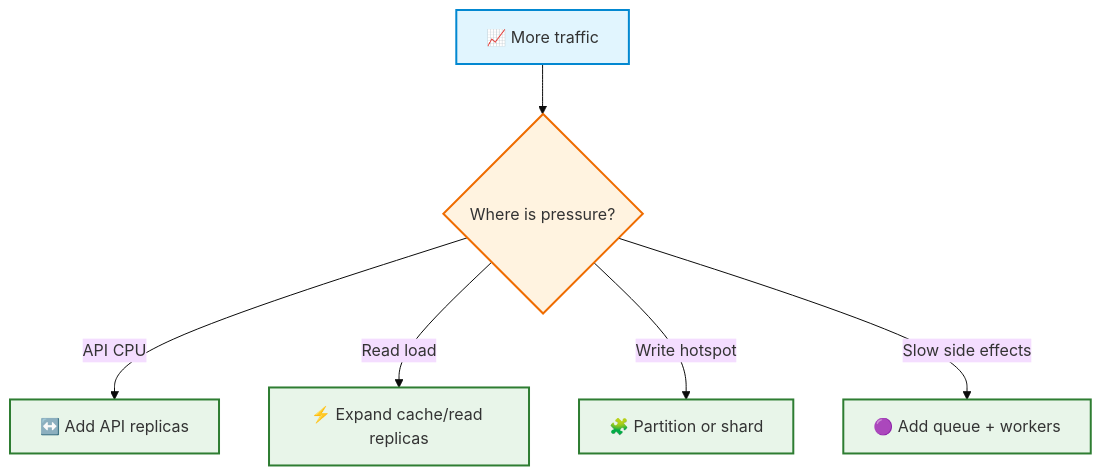
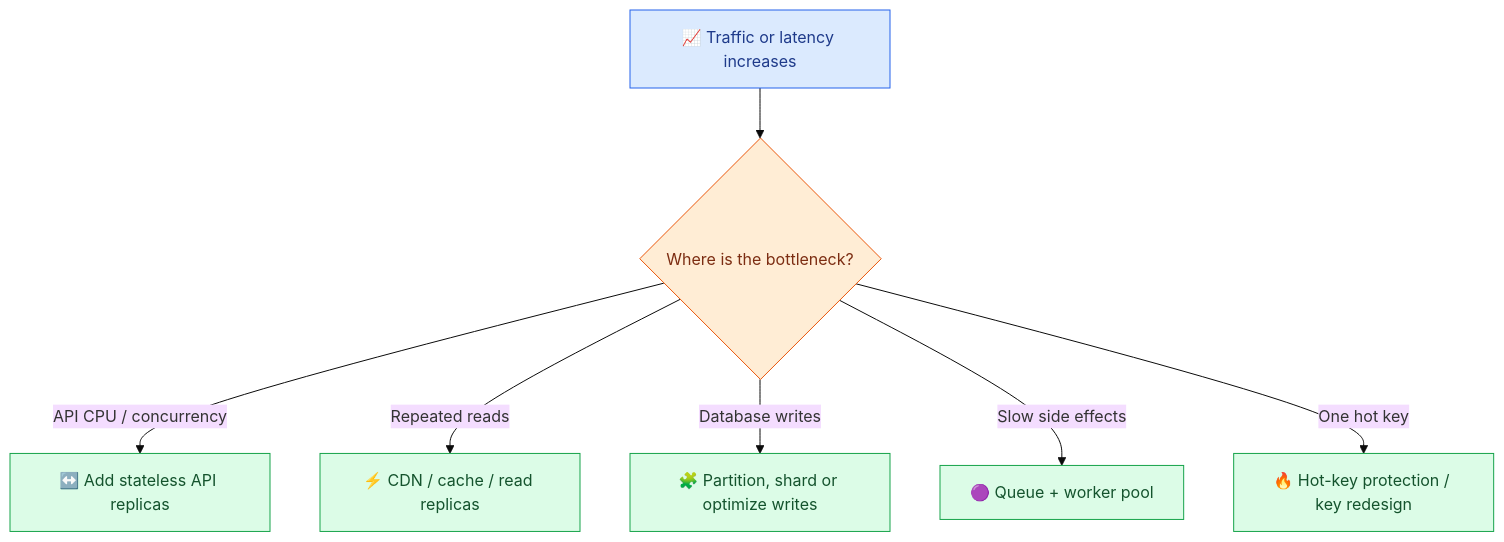
Before and after one commit to azam123/Engineering-Interview-Prep: the eighth of 9 diagrams in System-Design/01-E-Commerce-Amazon/solution.md, drawn with Mermaid (base theme). The commit also changed other lines of this file, not shown here.

Commit message:
docs: expand e-commerce system design end-to-end

````diff
--- a/System-Design/01-E-Commerce-Amazon/solution.md
+++ b/System-Design/01-E-Commerce-Amazon/solution.md
@@ -150,14 +519,15 @@
-```mermaid
+~~~mermaid
 flowchart TD
-    Traffic[📈 More traffic] --> Decision{Where is pressure?}
-    Decision -->|API CPU| API[↔️ Add API replicas]
-    Decision -->|Read load| Cache[⚡ Expand cache/read replicas]
-    Decision -->|Write hotspot| Shard[🧩 Partition or shard]
-    Decision -->|Slow side effects| Queue[🟣 Add queue + workers]
-    classDef input fill:#E1F5FE,stroke:#0288D1,stroke-width:2px;
-    classDef choice fill:#FFF3E0,stroke:#EF6C00,stroke-width:2px;
-    classDef action fill:#E8F5E9,stroke:#2E7D32,stroke-width:2px;
-    class Traffic input;
-    class Decision choice;
-    class API,Cache,Shard,Queue action;
-```
+    T["📈 Traffic or latency increases"] --> D{"Where is the bottleneck?"}
+    D -->|API CPU / concurrency| A["↔️ Add stateless API replicas"]
+    D -->|Repeated reads| C["⚡ CDN / cache / read replicas"]
+    D -->|Database writes| S["🧩 Partition, shard or optimize writes"]
+    D -->|Slow side effects| Q["🟣 Queue + worker pool"]
+    D -->|One hot key| H["🔥 Hot-key protection / key redesign"]
+    classDef input fill:#dbeafe,stroke:#2563eb,color:#1e3a8a;
+    classDef choice fill:#ffedd5,stroke:#ea580c,color:#7c2d12;
+    classDef action fill:#dcfce7,stroke:#16a34a,color:#14532d;
+    class T input;
+    class D choice;
+    class A,C,S,Q,H action;
+~~~
````
